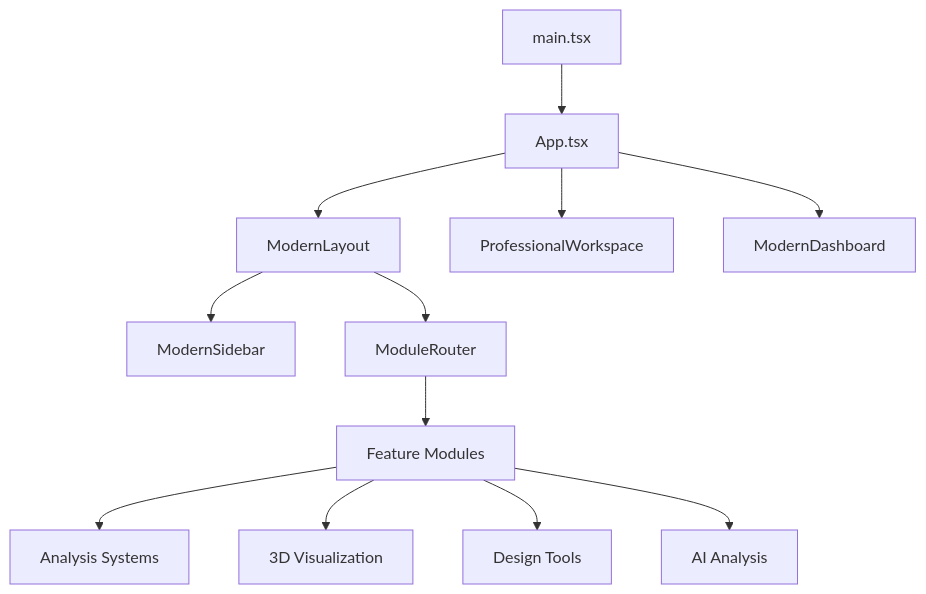
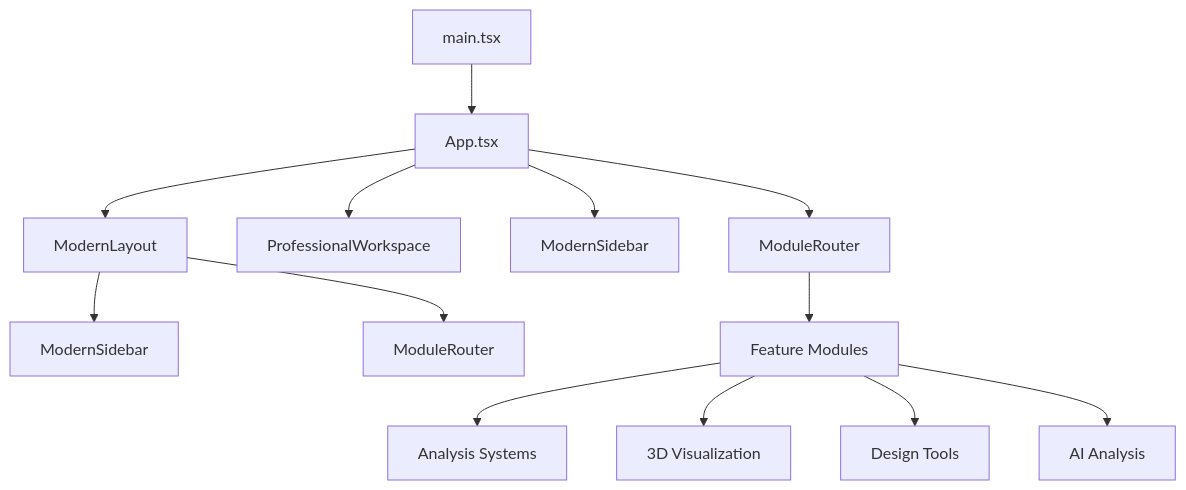
The second of 6 diagrams in .qoder/repowiki/en/content/Core Architecture/Core Architecture.md (Latif080790/APP-STRUKTUR-BLACKBOX), drawn with Mermaid before and after one commit. The commit also changed other lines of this file and 26 other files, not shown here.

````diff
--- a/.qoder/repowiki/en/content/Core Architecture/Core Architecture.md
+++ b/.qoder/repowiki/en/content/Core Architecture/Core Architecture.md
@@ -74,14 +85,15 @@
 ```mermaid
 graph TD
 A[main.tsx] --> B[App.tsx]
 B --> C[ModernLayout]
 B --> D[ProfessionalWorkspace]
-B --> E[ModernDashboard]
-C --> F[ModernSidebar]
-C --> G[ModuleRouter]
-G --> H[Feature Modules]
-H --> I[Analysis Systems]
-H --> J[3D Visualization]
-H --> K[Design Tools]
-H --> L[AI Analysis]
+B --> E[ModernSidebar]
+B --> F[ModuleRouter]
+C --> G[ModernSidebar]
+C --> H[ModuleRouter]
+F --> I[Feature Modules]
+I --> J[Analysis Systems]
+I --> K[3D Visualization]
+I --> L[Design Tools]
+I --> M[AI Analysis]
 ```
````
